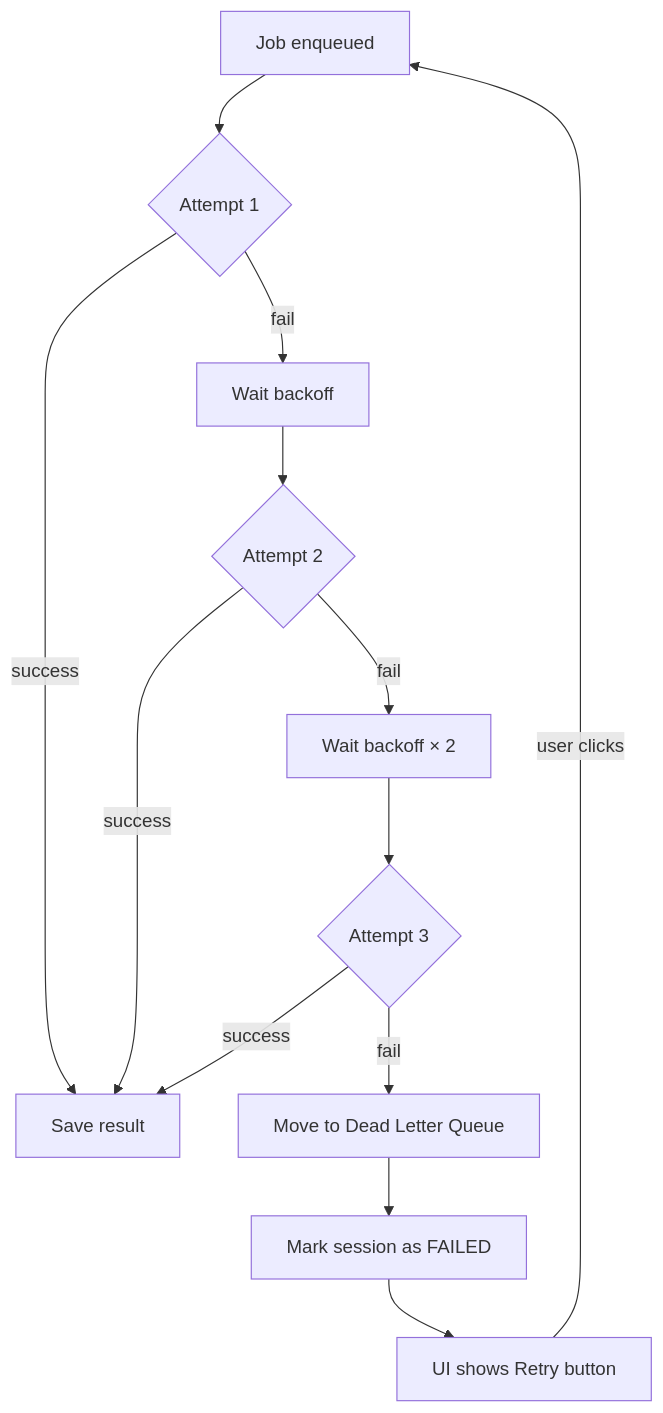
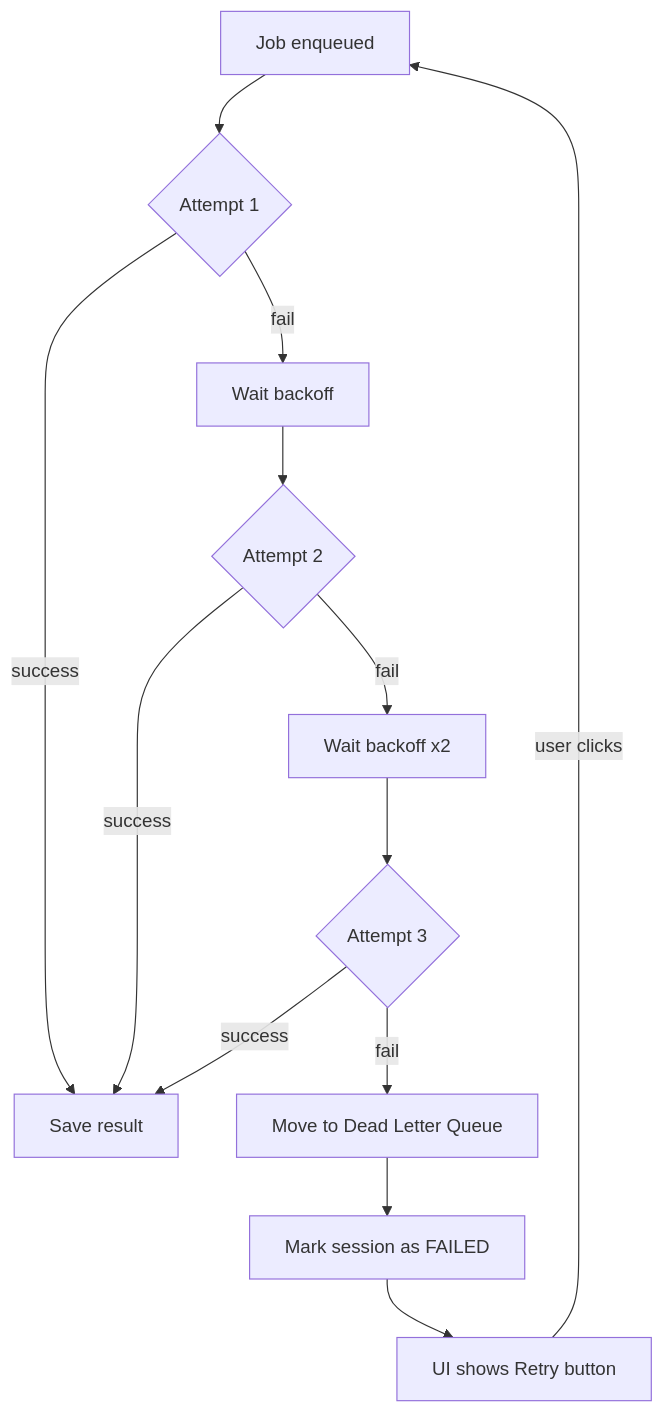
The fifth of 6 diagrams in README.md (EchoGrow/echogrow-core), drawn with Mermaid before and after one commit. The commit also changed other lines of this file, not shown here.

````diff
--- a/README.md
+++ b/README.md
@@ -399,15 +399,15 @@
 ```mermaid
 flowchart TD
     A[Job enqueued] --> B{Attempt 1}
     B -->|success| C[Save result]
     B -->|fail| D[Wait backoff]
     D --> E{Attempt 2}
     E -->|success| C
-    E -->|fail| F[Wait backoff × 2]
+    E -->|fail| F[Wait backoff x2]
     F --> G{Attempt 3}
     G -->|success| C
     G -->|fail| H[Move to Dead Letter Queue]
     H --> I[Mark session as FAILED]
     I --> J[UI shows Retry button]
     J -->|user clicks| A
 ```
````
